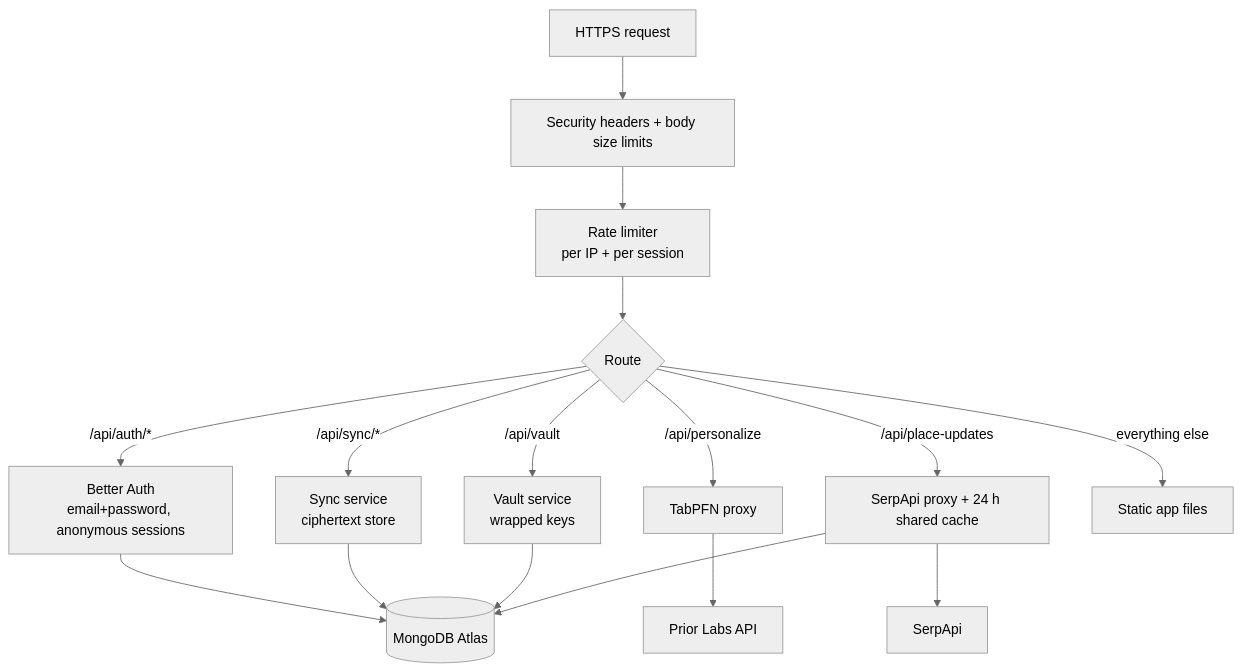
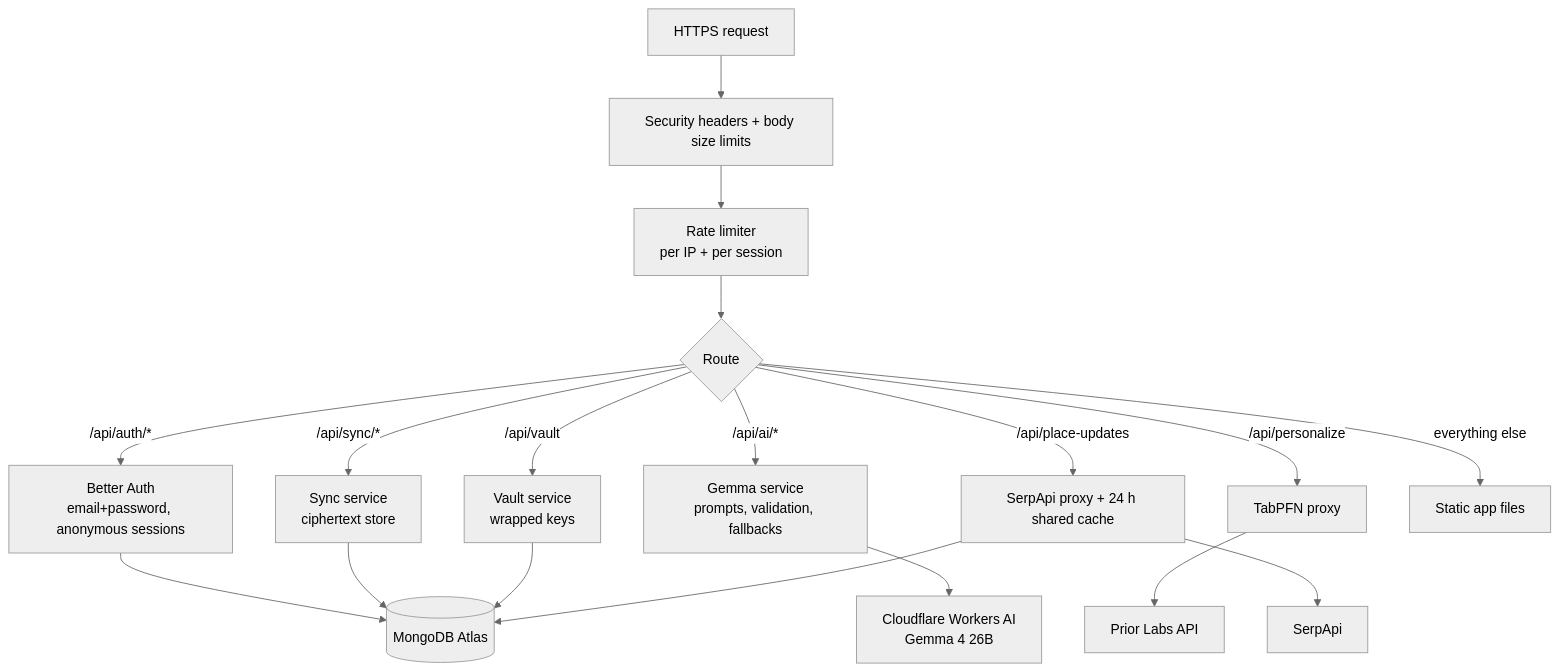
Before and after one commit to harshitaphadtare/Ramble: the third of 9 diagrams in docs/ARCHITECTURE.md, drawn with Mermaid (neutral theme). The commit also changed other lines of this file and 21 other files, not shown here.

First line of the commit message:
Move Gemma to Cloudflare Workers AI; no downloads for users

````diff
--- a/docs/ARCHITECTURE.md
+++ b/docs/ARCHITECTURE.md
@@ -136,15 +137,17 @@
 ```mermaid
 flowchart TB
     REQ[HTTPS request] --> SH[Security headers + body size limits]
     SH --> RL[Rate limiter<br/>per IP + per session]
     RL --> R{Route}
     R -- /api/auth/* --> BA[Better Auth<br/>email+password, anonymous sessions]
     R -- /api/sync/* --> SY[Sync service<br/>ciphertext store]
     R -- /api/vault --> VA[Vault service<br/>wrapped keys]
+    R -- /api/ai/* --> AI[Gemma service<br/>prompts, validation, fallbacks]
     R -- /api/personalize --> TP[TabPFN proxy]
     R -- /api/place-updates --> SP[SerpApi proxy + 24 h shared cache]
     R -- everything else --> ST[Static app files]
     BA & SY & VA & SP --> DB[(MongoDB Atlas)]
+    AI --> CF[Cloudflare Workers AI<br/>Gemma 4 26B]
     TP --> PL[Prior Labs API]
     SP --> SA[SerpApi]
 ```
````
